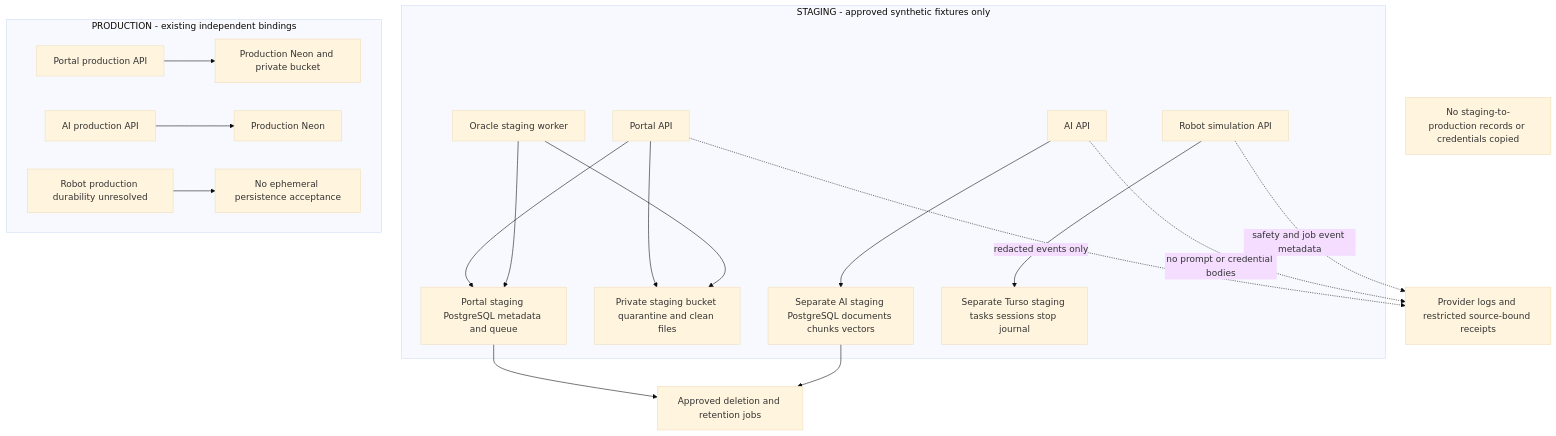
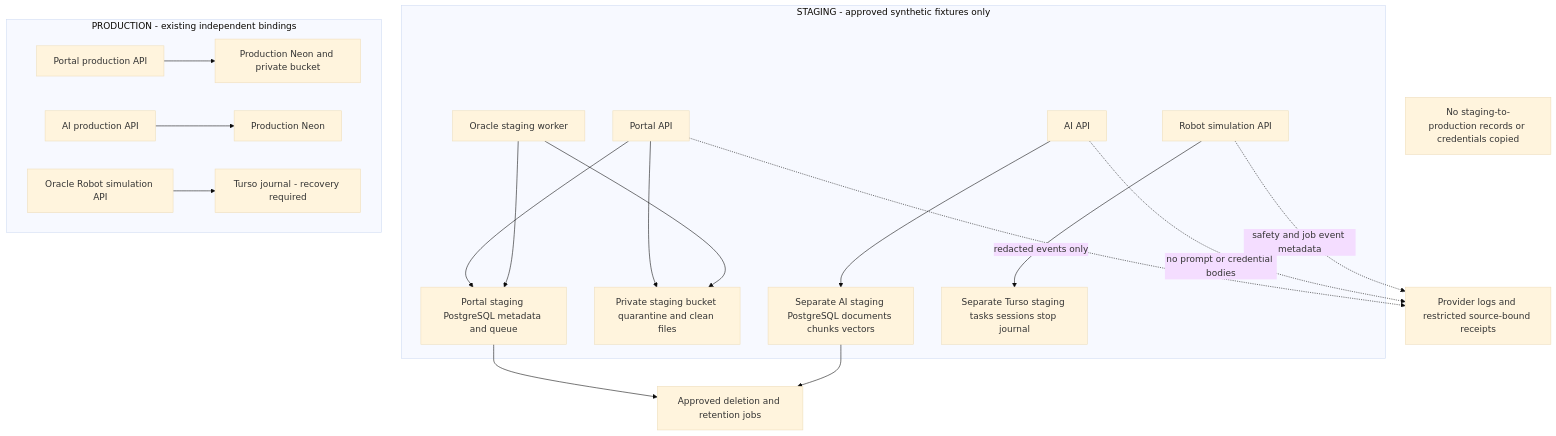
One commit to DruHustle/onesa-ai-platform changed the diagram in docs/diagrams/data-current.mmd. Above: the diagram before and after it, drawn with Mermaid (base theme). The commit also changed 10 other files, not shown here.

Commit message:
Document the Oracle production APIs and product-specific storage boundaries

```diff
--- a/docs/diagrams/data-current.mmd
+++ b/docs/diagrams/data-current.mmd
@@ -1,20 +1,20 @@
 flowchart TB
 subgraph Stage[STAGING - approved synthetic fixtures only]
 P[Portal API] --> PDB[Portal staging PostgreSQL metadata and queue]
 P --> PB[Private staging bucket quarantine and clean files]
 W[Oracle staging worker] --> PDB
 W --> PB
 A[AI API] --> ADB[Separate AI staging PostgreSQL documents chunks vectors]
 R[Robot simulation API] --> RDB[Separate Turso staging tasks sessions stop journal]
 end
 subgraph Prod[PRODUCTION - existing independent bindings]
 PP[Portal production API] --> PPDB[Production Neon and private bucket]
 AP[AI production API] --> APDB[Production Neon]
-RP[Robot production durability unresolved] --> Block[No ephemeral persistence acceptance]
+RP[Oracle Robot simulation API] --> Block[Turso journal - recovery required]
 end
 P -. redacted events only .-> Logs[Provider logs and restricted source-bound receipts]
 A -. no prompt or credential bodies .-> Logs
 R -. safety and job event metadata .-> Logs
 PDB --> Retention[Approved deletion and retention jobs]
 ADB --> Retention
 NoCopy[No staging-to-production records or credentials copied]
```
